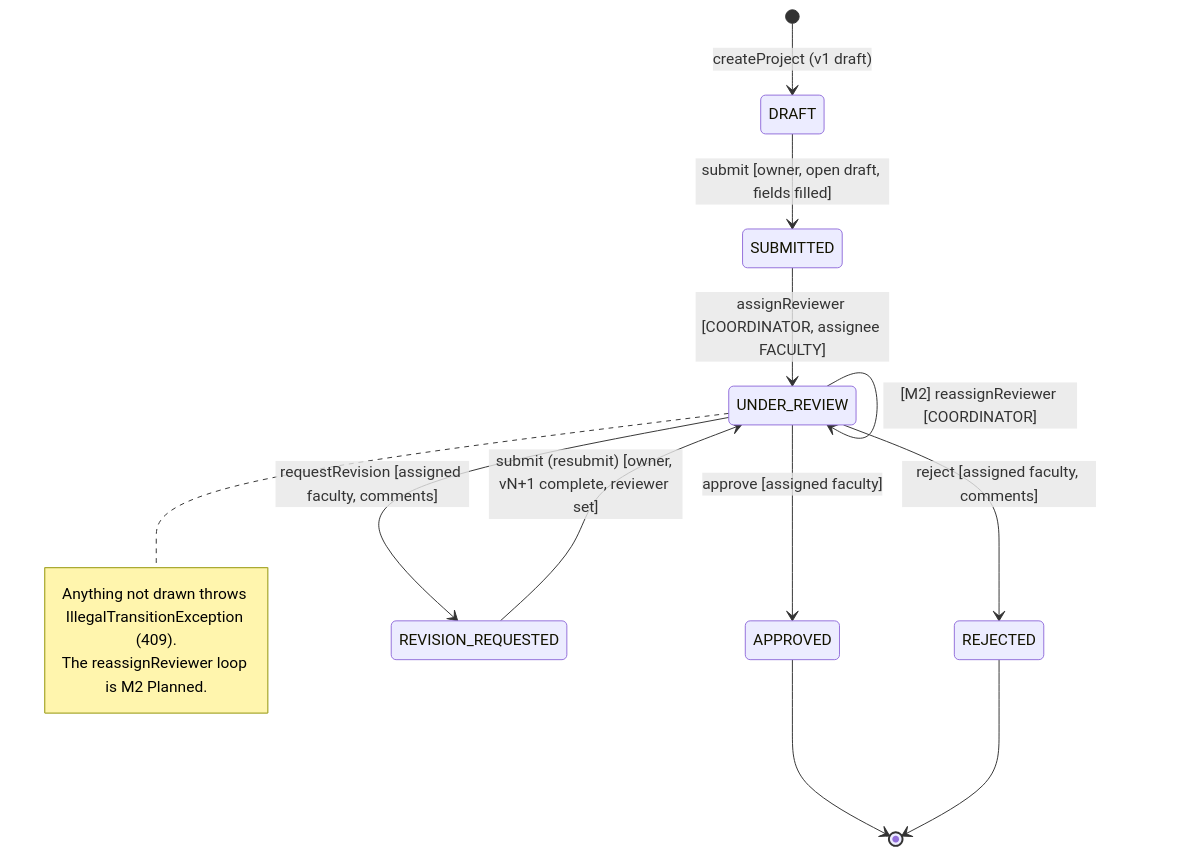
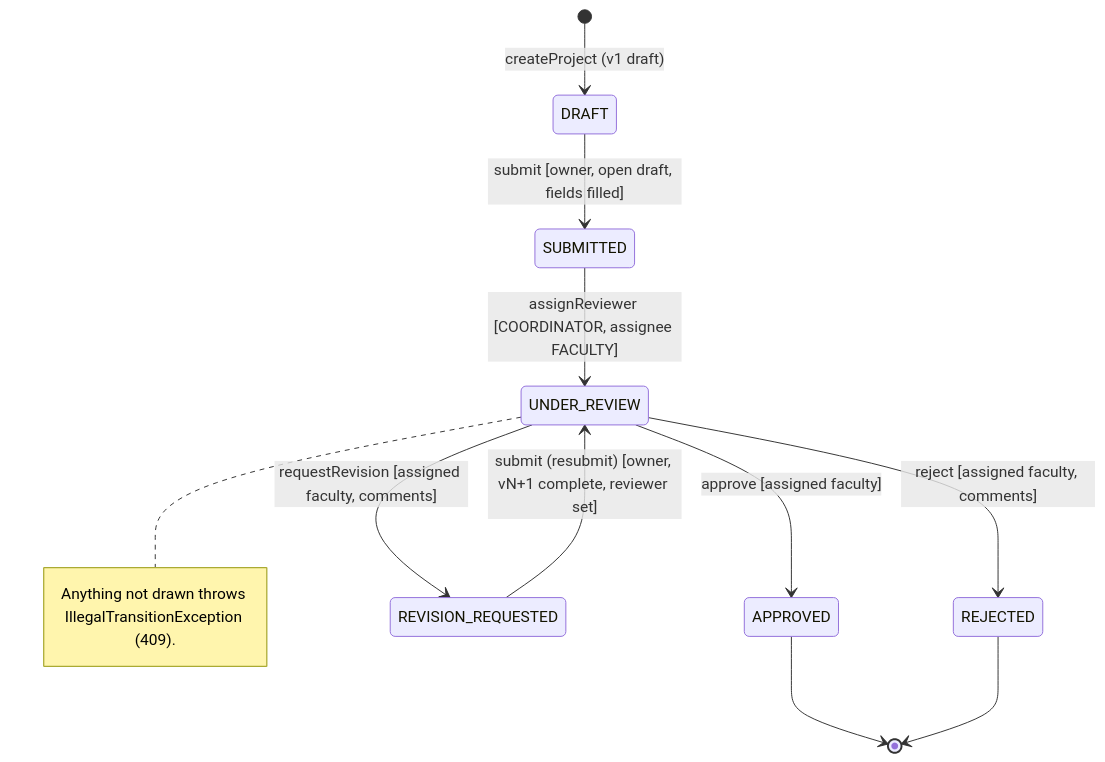
Before and after one commit to udita-0707/Prastaav: the fourth of 11 diagrams in docs/diagrams.md, drawn with Mermaid. The commit also changed other lines of this file and 9 other files, not shown here.

Commit message:
docs(uml): keep only implemented elements in PlantUML and Mermaid diagrams

````diff
--- a/docs/diagrams.md
+++ b/docs/diagrams.md
@@ -308,17 +291,15 @@
 ```mermaid
 stateDiagram-v2
   [*] --> DRAFT : createProject (v1 draft)
   DRAFT --> SUBMITTED : submit [owner, open draft, fields filled]
   SUBMITTED --> UNDER_REVIEW : assignReviewer [COORDINATOR, assignee FACULTY]
   UNDER_REVIEW --> APPROVED : approve [assigned faculty]
   UNDER_REVIEW --> REVISION_REQUESTED : requestRevision [assigned faculty, comments]
   UNDER_REVIEW --> REJECTED : reject [assigned faculty, comments]
   REVISION_REQUESTED --> UNDER_REVIEW : submit (resubmit) [owner, vN+1 complete, reviewer set]
-  UNDER_REVIEW --> UNDER_REVIEW : [M2] reassignReviewer [COORDINATOR]
   APPROVED --> [*]
   REJECTED --> [*]
   note right of UNDER_REVIEW
     Anything not drawn throws IllegalTransitionException (409).
-    The reassignReviewer loop is M2 Planned.
   end note
 ```
````
